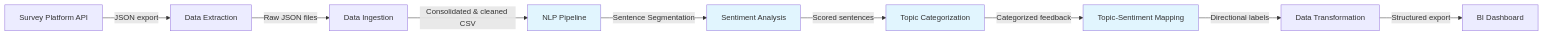
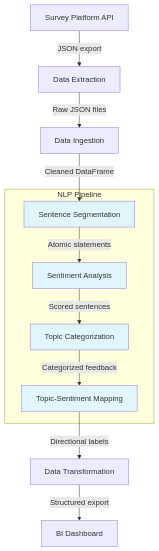
One commit to kamal-manick/cx-feedback-intelligence changed the diagram in README.md. Above: the diagram before and after it, drawn with Mermaid. The commit also changed 2 other files, not shown here.

Commit message:
Fix diagram layouts to top-down

````diff
--- a/README.md
+++ b/README.md
@@ -33,16 +33,20 @@
 ```mermaid
-graph LR
-    A[Survey Platform API] -->|JSON export| B[Data Extraction]
-    B -->|Raw JSON files| C[Data Ingestion]
-    C -->|Consolidated & cleaned CSV| D[NLP Pipeline]
-    D -->|Sentence Segmentation| E[Sentiment Analysis]
-    E -->|Scored sentences| F[Topic Categorization]
-    F -->|Categorized feedback| G[Topic-Sentiment Mapping]
-    G -->|Directional labels| H[Data Transformation]
-    H -->|Structured export| I[BI Dashboard]
+graph TD
+    A[Survey Platform API] -->|"JSON export"| B[Data Extraction]
+    B -->|"Raw JSON files"| C[Data Ingestion]
+    C -->|"Cleaned DataFrame"| D[Sentence Segmentation]
+
+    subgraph NLP Pipeline
+        D -->|"Atomic statements"| E[Sentiment Analysis]
+        E -->|"Scored sentences"| F[Topic Categorization]
+        F -->|"Categorized feedback"| G[Topic-Sentiment Mapping]
+    end
+
+    G -->|"Directional labels"| H[Data Transformation]
+    H -->|"Structured export"| I[BI Dashboard]
 
     style D fill:#e1f5fe
     style E fill:#e1f5fe
     style F fill:#e1f5fe
     style G fill:#e1f5fe
 ```
````
